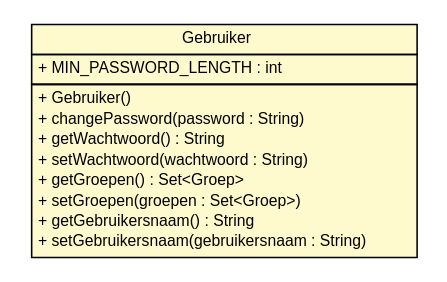
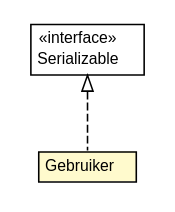
Before and after one commit to B3Partners/brmo: the diagram in brmo-persistence/apidocs/nl/b3p/brmo/persistence/auth/Gebruiker.dot, drawn with Graphviz. The commit also changed 252 other files, not shown here.

```diff
--- a/brmo-persistence/apidocs/nl/b3p/brmo/persistence/auth/Gebruiker.dot
+++ b/brmo-persistence/apidocs/nl/b3p/brmo/persistence/auth/Gebruiker.dot
@@ -1,31 +1,27 @@
 #!/usr/local/bin/dot
 #
 # Class diagram 
 # Generated by UMLGraph version R5_6-24-gf6e263 (http://www.umlgraph.org/)
 #
 
 digraph G {
 	edge [fontname="Helvetica",fontsize=10,labelfontname="Helvetica",labelfontsize=10];
 	node [fontname="Helvetica",fontsize=10,shape=plaintext];
 	nodesep=0.25;
 	ranksep=0.5;
 	// nl.b3p.brmo.persistence.auth.Gebruiker
-	c438 [label=<<table title="nl.b3p.brmo.persistence.auth.Gebruiker" border="0" cellborder="1" cellspacing="0" cellpadding="2" port="p" bgcolor="lemonChiffon" href="./Gebruiker.html">
+	c435 [label=<<table title="nl.b3p.brmo.persistence.auth.Gebruiker" border="0" cellborder="1" cellspacing="0" cellpadding="2" port="p" bgcolor="lemonChiffon" href="./Gebruiker.html">
 		<tr><td><table border="0" cellspacing="0" cellpadding="1">
 <tr><td align="center" balign="center"> Gebruiker </td></tr>
 		</table></td></tr>
+		</table>>, URL="./Gebruiker.html", fontname="Helvetica", fontcolor="black", fontsize=10.0];
+	//nl.b3p.brmo.persistence.auth.Gebruiker implements java.io.Serializable
+	c436:p -> c435:p [dir=back,arrowtail=empty,style=dashed];
+	// java.io.Serializable
+	c436 [label=<<table title="java.io.Serializable" border="0" cellborder="1" cellspacing="0" cellpadding="2" port="p">
 		<tr><td><table border="0" cellspacing="0" cellpadding="1">
-<tr><td align="left" balign="left"> + MIN_PASSWORD_LENGTH : int </td></tr>
+<tr><td align="center" balign="center"> &#171;interface&#187; </td></tr>
+<tr><td align="center" balign="center"> Serializable </td></tr>
 		</table></td></tr>
-		<tr><td><table border="0" cellspacing="0" cellpadding="1">
-<tr><td align="left" balign="left"> + Gebruiker() </td></tr>
-<tr><td align="left" balign="left"> + changePassword(password : String) </td></tr>
-<tr><td align="left" balign="left"> + getWachtwoord() : String </td></tr>
-<tr><td align="left" balign="left"> + setWachtwoord(wachtwoord : String) </td></tr>
-<tr><td align="left" balign="left"> + getGroepen() : Set&lt;Groep&gt; </td></tr>
-<tr><td align="left" balign="left"> + setGroepen(groepen : Set&lt;Groep&gt;) </td></tr>
-<tr><td align="left" balign="left"> + getGebruikersnaam() : String </td></tr>
-<tr><td align="left" balign="left"> + setGebruikersnaam(gebruikersnaam : String) </td></tr>
-		</table></td></tr>
-		</table>>, URL="./Gebruiker.html", fontname="Helvetica", fontcolor="black", fontsize=10.0];
+		</table>>, URL="null", fontname="Helvetica", fontcolor="black", fontsize=10.0];
 }
```
